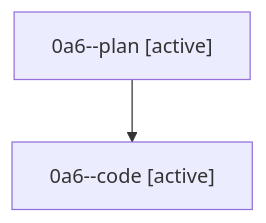
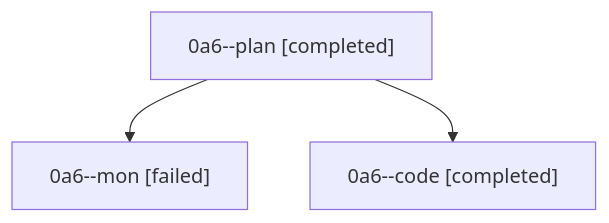
The diagram in families/bbugyi200.athena.0a6.md (sase-org/sase--agents), drawn with Mermaid before and after one commit. The commit also changed other lines of this file and 31 other files, not shown here.

````diff
--- a/families/bbugyi200.athena.0a6.md
+++ b/families/bbugyi200.athena.0a6.md
@@ -9,6 +9,8 @@
 ```mermaid
 flowchart TD
-  n0["0a6--plan [active]"]
-  n1["0a6--code [active]"]
+  n0["0a6--plan [completed]"]
+  n1["0a6--mon [failed]"]
   n0 --> n1
+  n2["0a6--code [completed]"]
+  n0 --> n2
 ```
````
